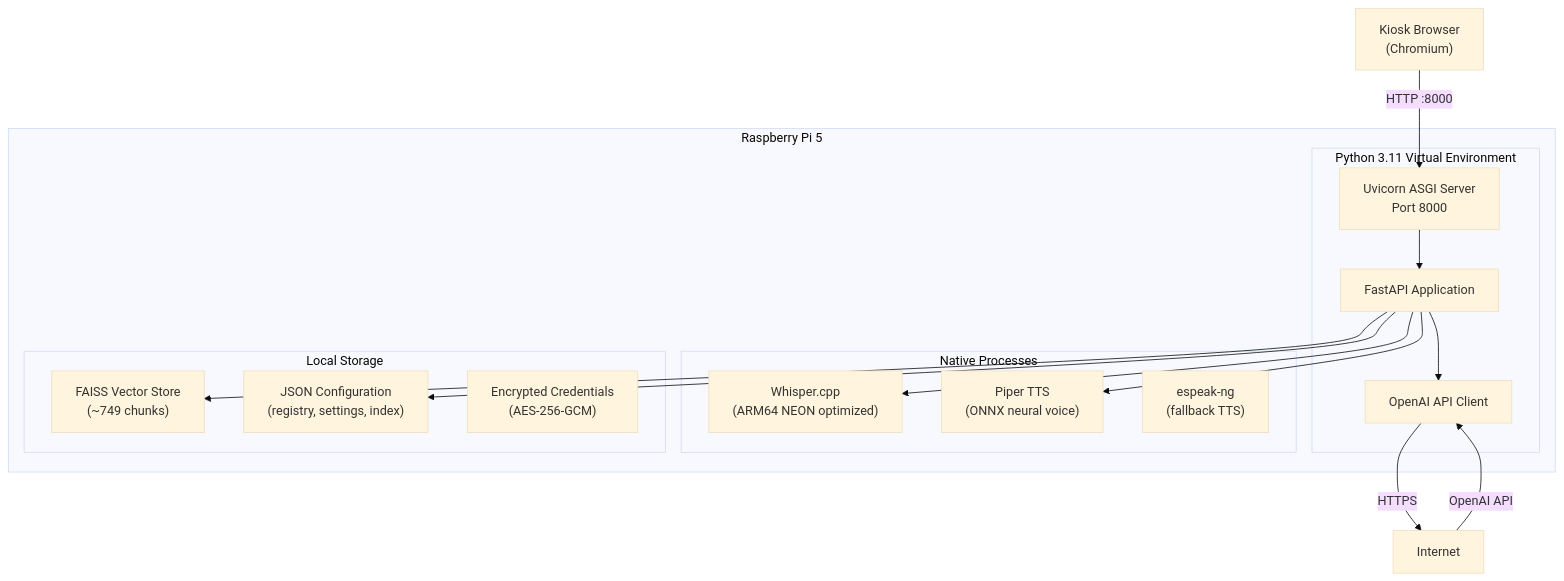
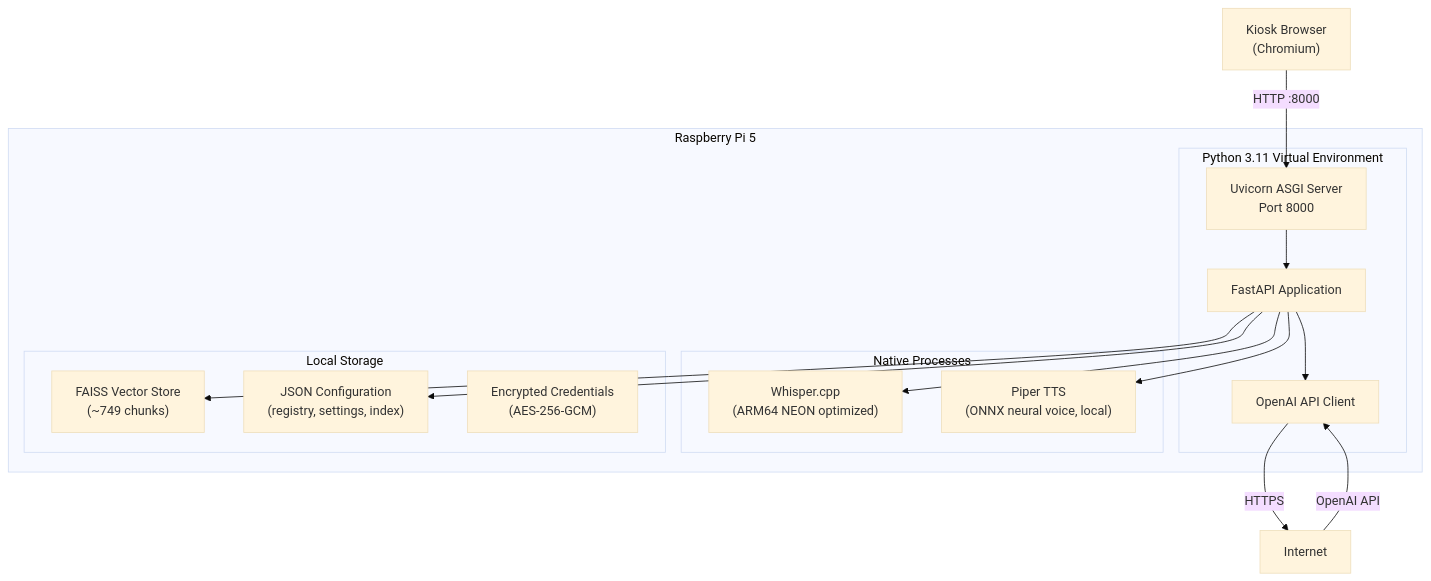
One commit to Kiruzato/coco-kiosk changed the third of 6 diagrams in architecture.md. Above: the diagram before and after it, drawn with Mermaid (base theme). The commit also changed other lines of this file, not shown here.

````diff
--- a/architecture.md
+++ b/architecture.md
@@ -360,36 +358,35 @@
 ```mermaid
 graph TB
     subgraph "Raspberry Pi 5"
         subgraph "Python 3.11 Virtual Environment"
             UVICORN["Uvicorn ASGI Server<br/>Port 8000"]
             FASTAPI["FastAPI Application"]
             LLM_CLIENT["OpenAI API Client"]
         end
 
         subgraph "Native Processes"
             WHISPER["Whisper.cpp<br/>(ARM64 NEON optimized)"]
-            PIPER["Piper TTS<br/>(ONNX neural voice)"]
-            ESPEAK["espeak-ng<br/>(fallback TTS)"]
+            PIPER["Piper TTS<br/>(ONNX neural voice, local)"]
         end
 
         subgraph "Local Storage"
             FAISS_DB["FAISS Vector Store<br/>(~749 chunks)"]
             JSON_DATA["JSON Configuration<br/>(registry, settings, index)"]
             ENC_CRED["Encrypted Credentials<br/>(AES-256-GCM)"]
         end
 
         UVICORN --> FASTAPI
         FASTAPI --> LLM_CLIENT
         FASTAPI --> WHISPER
         FASTAPI --> PIPER
         FASTAPI --> FAISS_DB
         FASTAPI --> JSON_DATA
     end
 
     INTERNET["Internet"]
     LLM_CLIENT -->|"HTTPS"| INTERNET
     INTERNET -->|"OpenAI API"| LLM_CLIENT
 
     BROWSER["Kiosk Browser<br/>(Chromium)"]
     BROWSER -->|"HTTP :8000"| UVICORN
 ```
````
